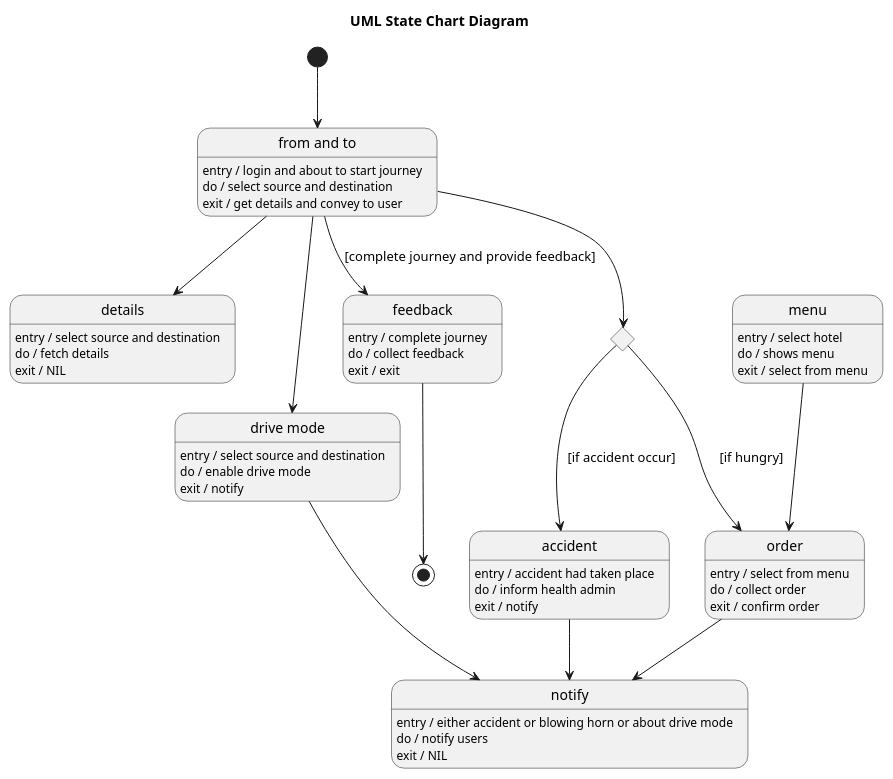
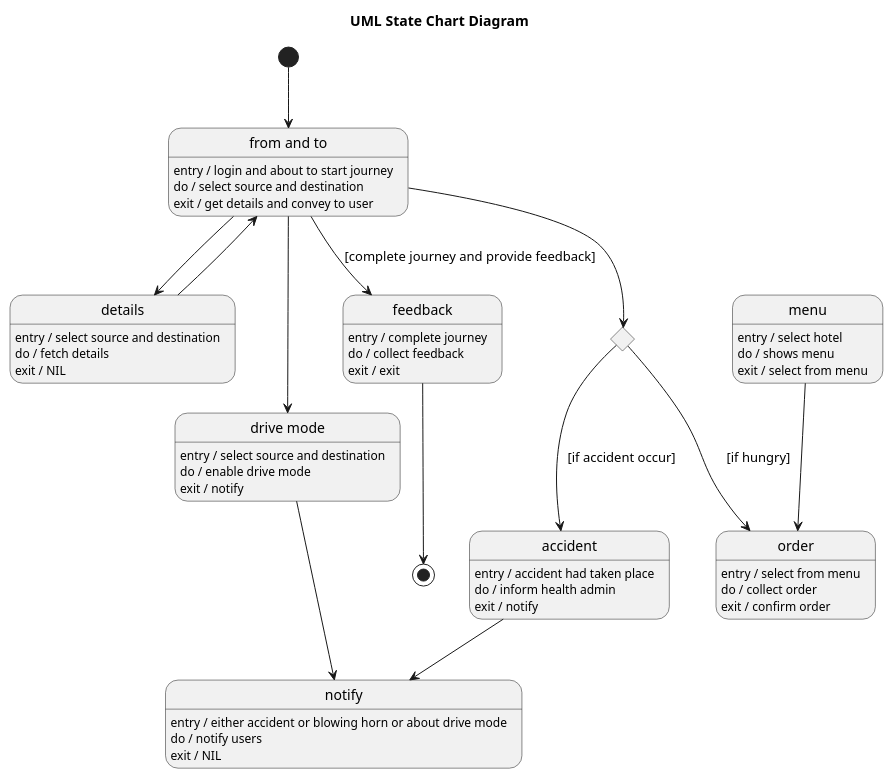
One commit to maimunafaria/State_transition_Diagram_generated_by_LLM changed the diagram in dataset/case_32_green_rides/diagram.puml. Above: the diagram before and after it, drawn with PlantUML. The commit also changed 32 other files, not shown here.

Commit message:
plantuml diagram validated

```diff
--- a/dataset/case_32_green_rides/diagram.puml
+++ b/dataset/case_32_green_rides/diagram.puml
@@ -1,63 +1,63 @@
 @startuml
 title UML State Chart Diagram
 
 [*] --> FromTo
 
 state "from and to" as FromTo
 FromTo : entry / login and about to start journey
 FromTo : do / select source and destination
 FromTo : exit / get details and convey to user
 
 state details
 details : entry / select source and destination
 details : do / fetch details
 details : exit / NIL
 
 state "drive mode" as DriveMode
 DriveMode : entry / select source and destination
 DriveMode : do / enable drive mode
 DriveMode : exit / notify
 
 state order
 order : entry / select from menu
 order : do / collect order
 order : exit / confirm order
 
 state menu
 menu : entry / select hotel
 menu : do / shows menu
 menu : exit / select from menu
 
 state accident
 accident : entry / accident had taken place
 accident : do / inform health admin
 accident : exit / notify
 
 state notify
 notify : entry / either accident or blowing horn or about drive mode
 notify : do / notify users
 notify : exit / NIL
 
 state feedback
 feedback : entry / complete journey
 feedback : do / collect feedback
 feedback : exit / exit
 
 state Choice1 <<choice>>
 
 FromTo --> details
+details --> FromTo
 FromTo --> DriveMode
 FromTo --> Choice1
 FromTo --> feedback : [complete journey and provide feedback]
 
 Choice1 --> order : [if hungry]
 Choice1 --> accident : [if accident occur]
 
 menu --> order
-order --> notify
 accident --> notify
 DriveMode --> notify
 
 feedback --> [*]
 
 @enduml
```
